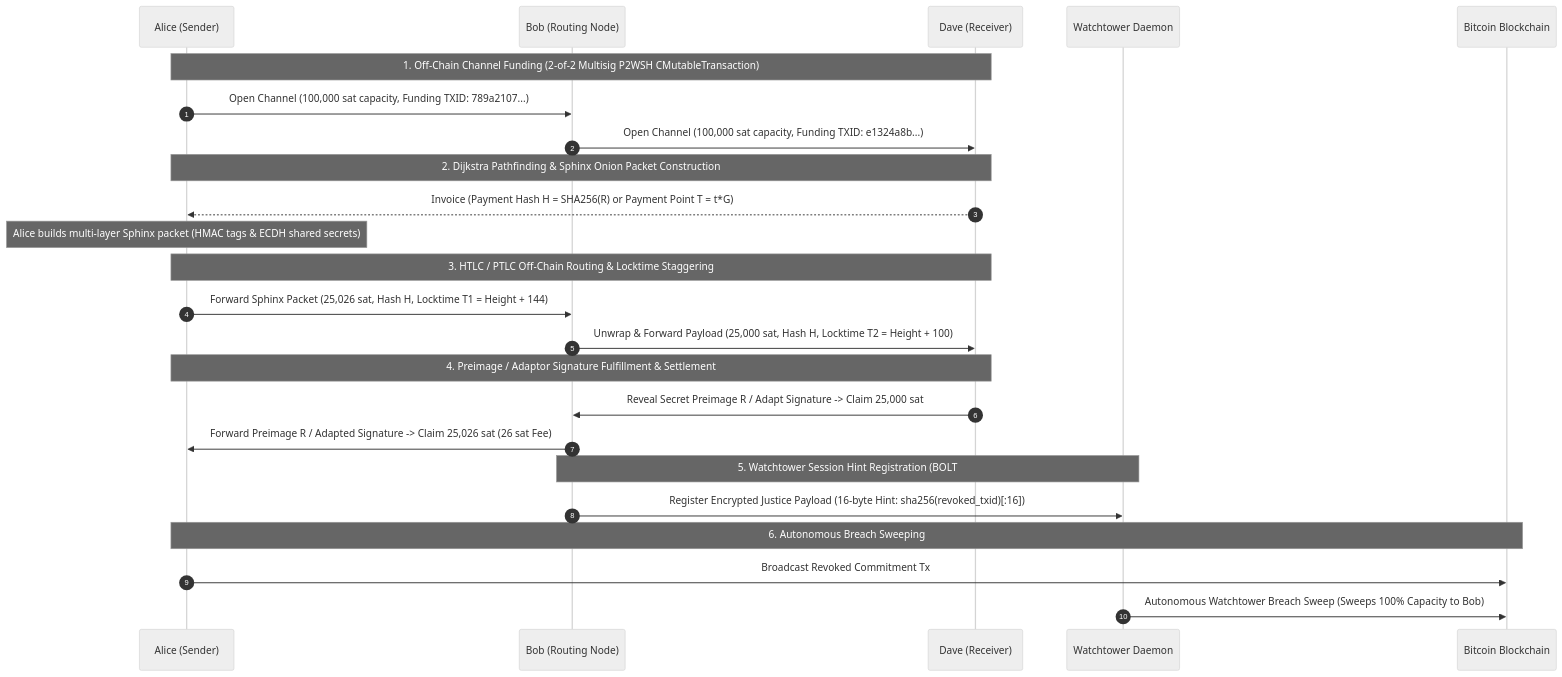
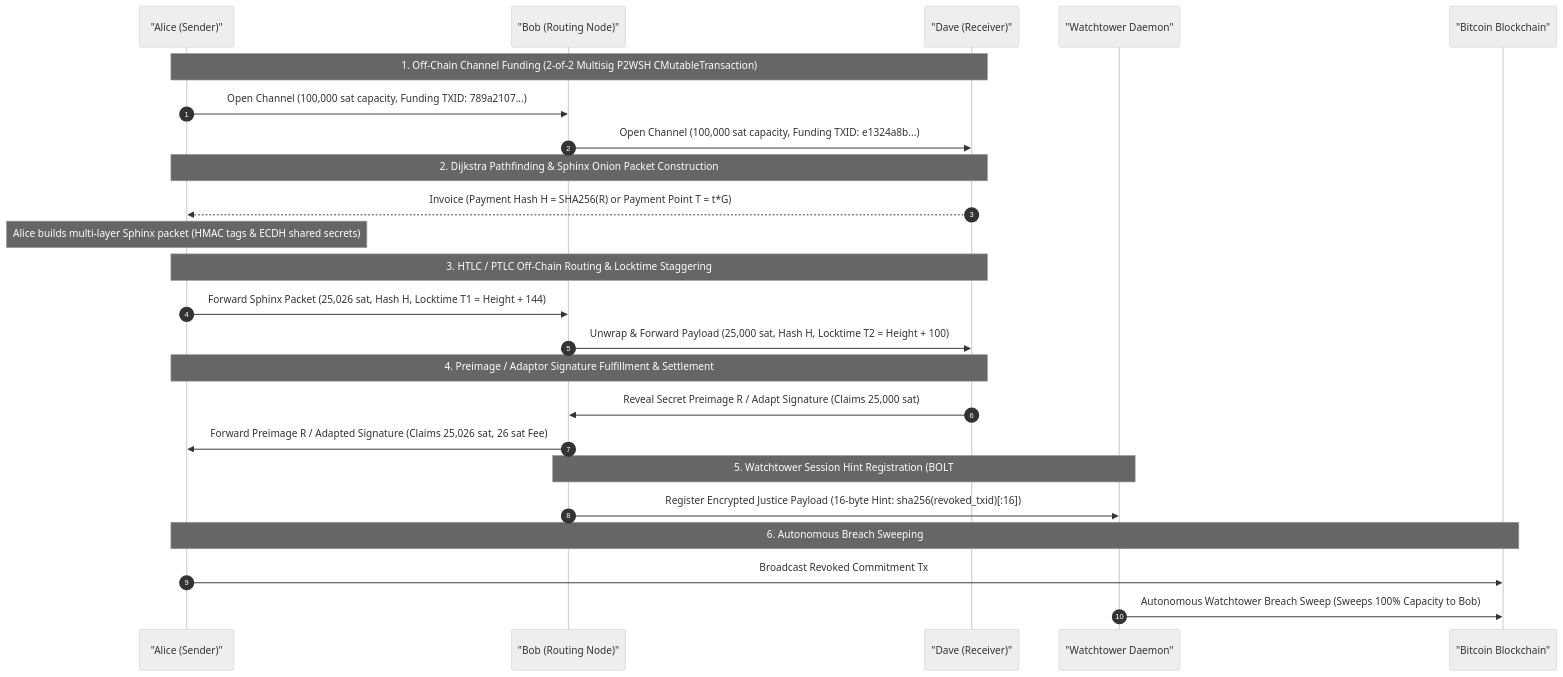
Before and after one commit to Seintian/unito-blockchain-25-26-payment-communities: the diagram in README.md, drawn with Mermaid (neutral theme). The commit also changed 42 other files, not shown here.

````diff
--- a/README.md
+++ b/README.md
@@ -44,32 +44,32 @@
 ```mermaid
 sequenceDiagram
     autonumber
-    participant Alice as Alice (Sender)
-    participant Bob as Bob (Routing Node)
-    participant Dave as Dave (Receiver)
-    participant WT as Watchtower Daemon
-    participant BTC as Bitcoin Blockchain
+    participant Alice as "Alice (Sender)"
+    participant Bob as "Bob (Routing Node)"
+    participant Dave as "Dave (Receiver)"
+    participant WT as "Watchtower Daemon"
+    participant BTC as "Bitcoin Blockchain"
 
-    Note over Alice, Dave: 1. Off-Chain Channel Funding (2-of-2 Multisig P2WSH CMutableTransaction)
+    Note over Alice,Dave: 1. Off-Chain Channel Funding (2-of-2 Multisig P2WSH CMutableTransaction)
     Alice->>Bob: Open Channel (100,000 sat capacity, Funding TXID: 789a2107...)
     Bob->>Dave: Open Channel (100,000 sat capacity, Funding TXID: e1324a8b...)
 
-    Note over Alice, Dave: 2. Dijkstra Pathfinding & Sphinx Onion Packet Construction
+    Note over Alice,Dave: 2. Dijkstra Pathfinding & Sphinx Onion Packet Construction
     Dave-->>Alice: Invoice (Payment Hash H = SHA256(R) or Payment Point T = t*G)
     Note over Alice: Alice builds multi-layer Sphinx packet (HMAC tags & ECDH shared secrets)
 
-    Note over Alice, Dave: 3. HTLC / PTLC Off-Chain Routing & Locktime Staggering
+    Note over Alice,Dave: 3. HTLC / PTLC Off-Chain Routing & Locktime Staggering
     Alice->>Bob: Forward Sphinx Packet (25,026 sat, Hash H, Locktime T1 = Height + 144)
     Bob->>Dave: Unwrap & Forward Payload (25,000 sat, Hash H, Locktime T2 = Height + 100)
 
-    Note over Alice, Dave: 4. Preimage / Adaptor Signature Fulfillment & Settlement
-    Dave->>Bob: Reveal Secret Preimage R / Adapt Signature -> Claim 25,000 sat
-    Bob->>Alice: Forward Preimage R / Adapted Signature -> Claim 25,026 sat (26 sat Fee)
+    Note over Alice,Dave: 4. Preimage / Adaptor Signature Fulfillment & Settlement
+    Dave->>Bob: Reveal Secret Preimage R / Adapt Signature (Claims 25,000 sat)
+    Bob->>Alice: Forward Preimage R / Adapted Signature (Claims 25,026 sat, 26 sat Fee)
 
-    Note over Bob, WT: 5. Watchtower Session Hint Registration (BOLT #13)
+    Note over Bob,WT: 5. Watchtower Session Hint Registration (BOLT #13)
     Bob->>WT: Register Encrypted Justice Payload (16-byte Hint: sha256(revoked_txid)[:16])
 
-    Note over Alice, BTC: 6. Autonomous Breach Sweeping
+    Note over Alice,BTC: 6. Autonomous Breach Sweeping
     Alice->>BTC: Broadcast Revoked Commitment Tx #1
     WT->>BTC: Autonomous Watchtower Breach Sweep (Sweeps 100% Capacity to Bob)
 ```
````
